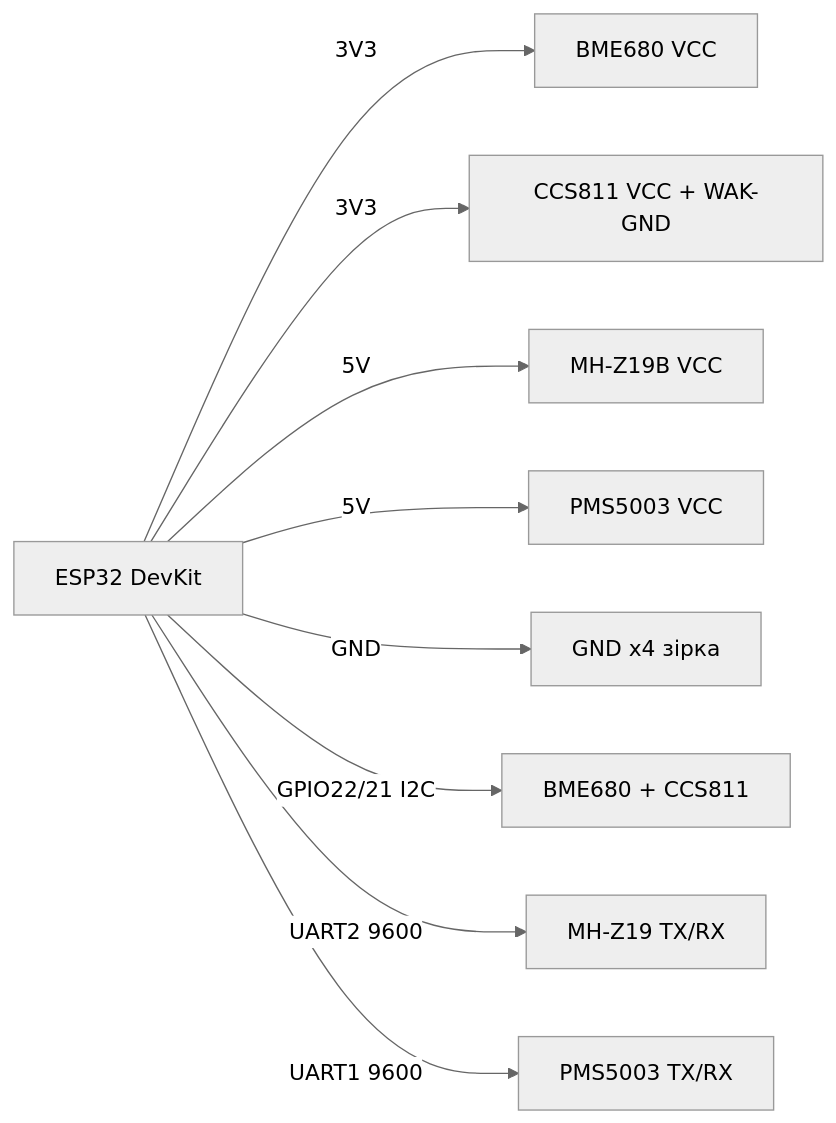
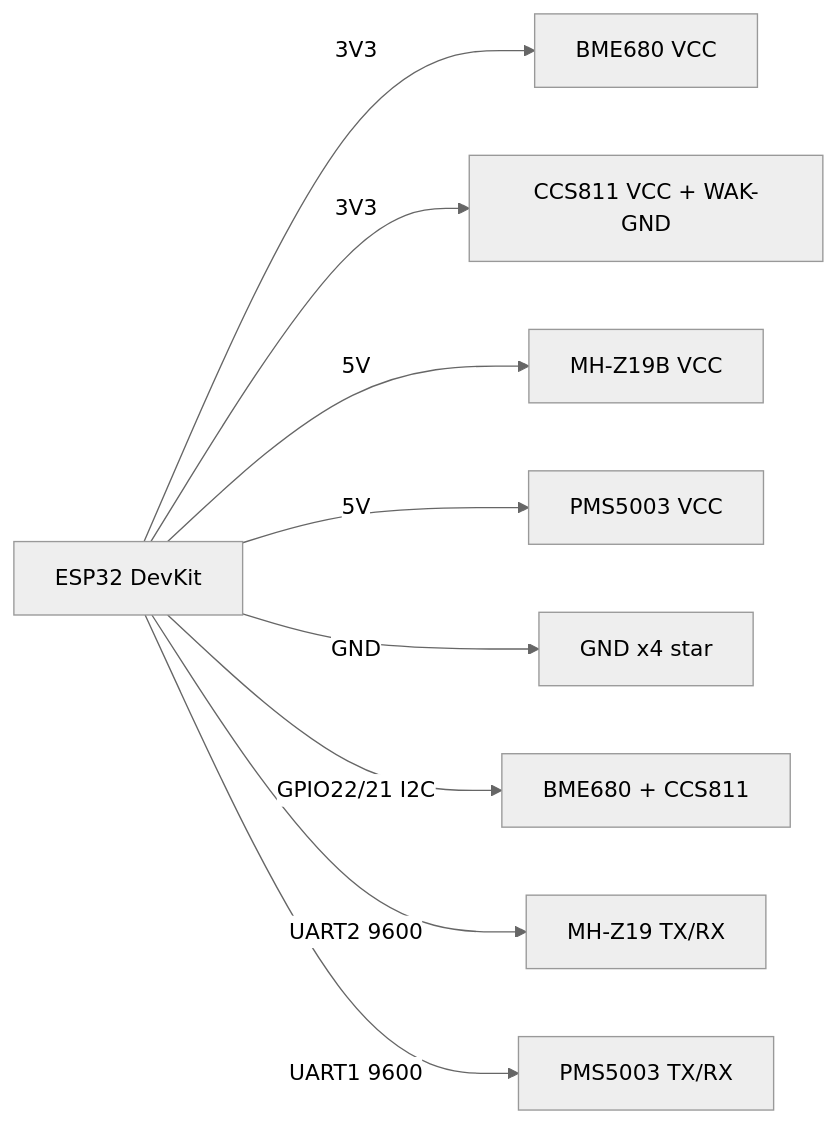
One commit to ksalab/embedded-reference changed the diagram in obsidian_vault/ESP32-Reference/EN/10-Sensors/08-BME680-CCS811-MHZ19-PMS5003.en.md. Above: the diagram before and after it, drawn with Mermaid (neutral theme). The commit also changed other lines of this file and 76 other files, not shown here.

````diff
--- a/obsidian_vault/ESP32-Reference/EN/10-Sensors/08-BME680-CCS811-MHZ19-PMS5003.en.md
+++ b/obsidian_vault/ESP32-Reference/EN/10-Sensors/08-BME680-CCS811-MHZ19-PMS5003.en.md
@@ -93,11 +93,11 @@
 ```mermaid
 graph LR
     ESP32[ESP32 DevKit] -->|3V3| BME[BME680 VCC]
     ESP32 -->|3V3| CCS[CCS811 VCC + WAK-GND]
     ESP32 -->|5V| MHZ[MH-Z19B VCC]
     ESP32 -->|5V| PMS[PMS5003 VCC]
-    ESP32 -->|GND| G1[GND x4 зірка]
+    ESP32 -->|GND| G1[GND x4 star]
     ESP32 -->|GPIO22/21 I2C| I2C[BME680 + CCS811]
     ESP32 -->|UART2 9600| MHZ2[MH-Z19 TX/RX]
     ESP32 -->|UART1 9600| PMS2[PMS5003 TX/RX]
 ```
````
